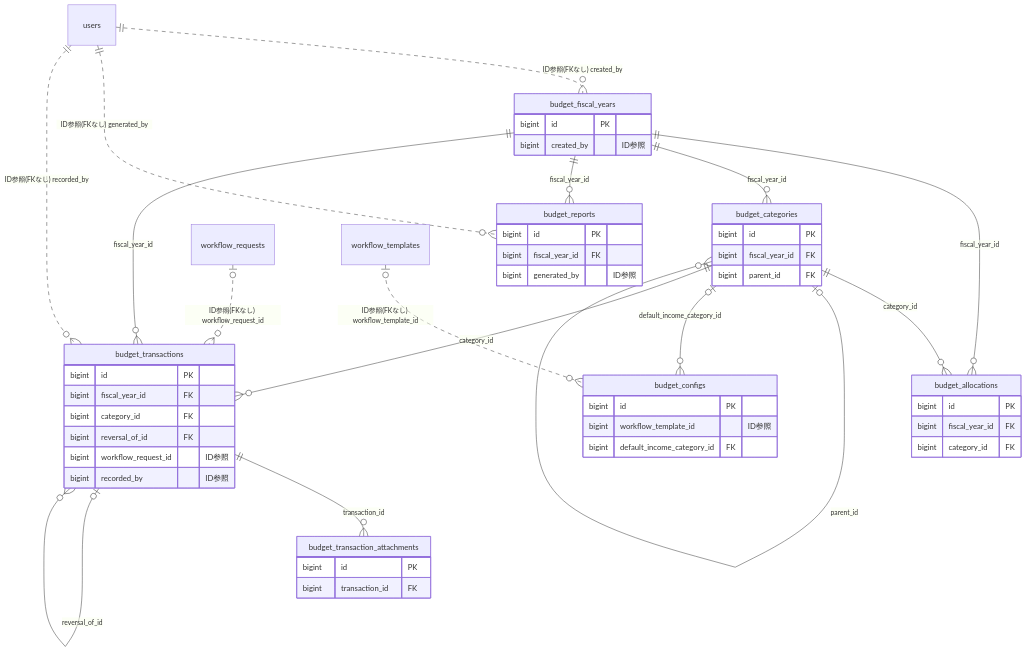
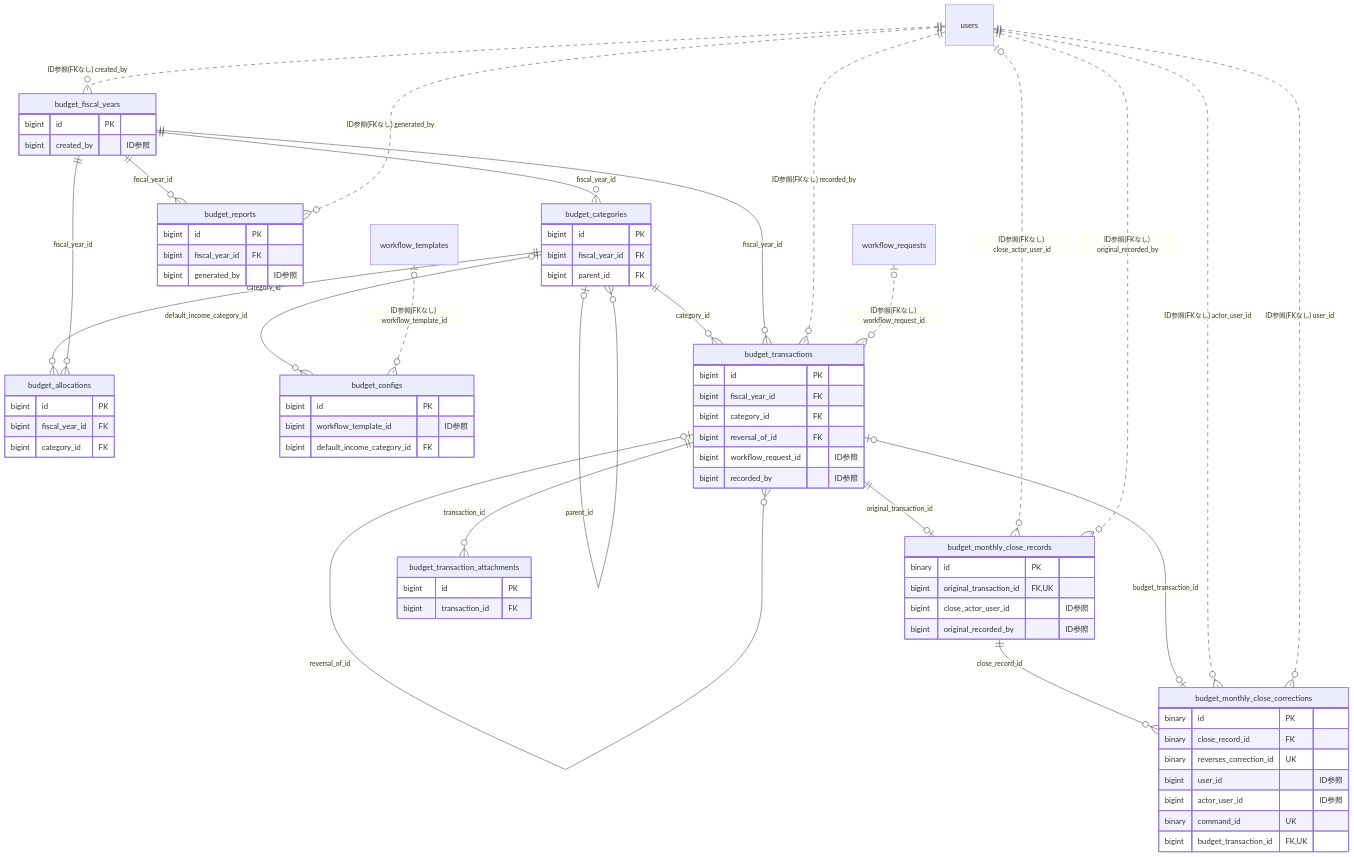
One commit to Mannschaft2026/mannschaft changed the diagram in docs/architecture/er/budget.md. Above: the diagram before and after it, drawn with Mermaid. The commit also changed other lines of this file and 3 other files, not shown here.

Commit message:
ドキュメント: 月次締め後訂正の新3表をER図へ再生成（generateErDiagrams。CMP-260909-2152）

````diff
--- a/docs/architecture/er/budget.md
+++ b/docs/architecture/er/budget.md
@@ -12,57 +12,79 @@
 ```mermaid
 erDiagram
     budget_allocations {
         bigint id PK
         bigint fiscal_year_id FK
         bigint category_id FK
     }
     budget_categories {
         bigint id PK
         bigint fiscal_year_id FK
         bigint parent_id FK
     }
     budget_configs {
         bigint id PK
         bigint workflow_template_id "ID参照"
         bigint default_income_category_id FK
     }
     budget_fiscal_years {
         bigint id PK
         bigint created_by "ID参照"
+    }
+    budget_monthly_close_corrections {
+        binary id PK
+        binary close_record_id FK
+        binary reverses_correction_id UK
+        bigint user_id "ID参照"
+        bigint actor_user_id "ID参照"
+        binary command_id UK
+        bigint budget_transaction_id FK, UK
+    }
+    budget_monthly_close_records {
+        binary id PK
+        bigint original_transaction_id FK, UK
+        bigint close_actor_user_id "ID参照"
+        bigint original_recorded_by "ID参照"
     }
     budget_reports {
         bigint id PK
         bigint fiscal_year_id FK
         bigint generated_by "ID参照"
     }
     budget_transaction_attachments {
         bigint id PK
         bigint transaction_id FK
     }
     budget_transactions {
         bigint id PK
         bigint fiscal_year_id FK
         bigint category_id FK
         bigint reversal_of_id FK
         bigint workflow_request_id "ID参照"
         bigint recorded_by "ID参照"
     }
     users
     workflow_requests
     workflow_templates
     budget_categories ||--o{ budget_allocations : "category_id"
     budget_fiscal_years ||--o{ budget_allocations : "fiscal_year_id"
     budget_categories |o--o{ budget_categories : "parent_id"
     budget_fiscal_years ||--o{ budget_categories : "fiscal_year_id"
     budget_categories |o--o{ budget_configs : "default_income_category_id"
     workflow_templates |o..o{ budget_configs : "ID参照(FKなし) workflow_template_id"
     users ||..o{ budget_fiscal_years : "ID参照(FKなし) created_by"
+    budget_monthly_close_records ||--o{ budget_monthly_close_corrections : "close_record_id"
+    budget_transactions |o--o| budget_monthly_close_corrections : "budget_transaction_id"
+    users ||..o{ budget_monthly_close_corrections : "ID参照(FKなし) actor_user_id"
+    users ||..o{ budget_monthly_close_corrections : "ID参照(FKなし) user_id"
+    budget_transactions ||--o| budget_monthly_close_records : "original_transaction_id"
+    users |o..o{ budget_monthly_close_records : "ID参照(FKなし) close_actor_user_id"
+    users ||..o{ budget_monthly_close_records : "ID参照(FKなし) original_recorded_by"
     budget_fiscal_years ||--o{ budget_reports : "fiscal_year_id"
     users ||..o{ budget_reports : "ID参照(FKなし) generated_by"
     budget_transactions ||--o{ budget_transaction_attachments : "transaction_id"
     budget_categories ||--o{ budget_transactions : "category_id"
     budget_fiscal_years ||--o{ budget_transactions : "fiscal_year_id"
     budget_transactions |o--o{ budget_transactions : "reversal_of_id"
     users ||..o{ budget_transactions : "ID参照(FKなし) recorded_by"
     workflow_requests |o..o{ budget_transactions : "ID参照(FKなし) workflow_request_id"
 ```
````
